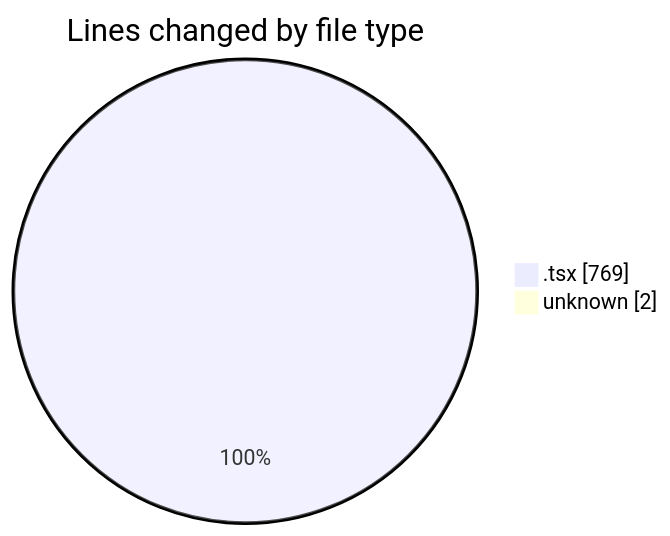
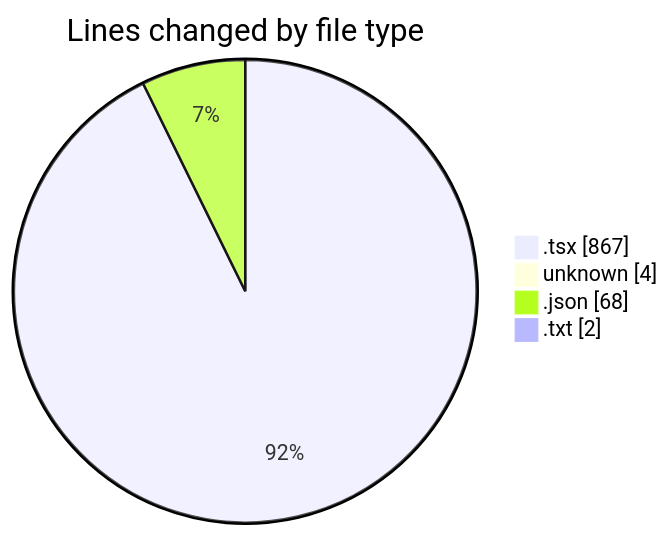
Before and after one commit to robertbonfada/code-tracking: the first of 2 diagrams in 2025-02-27/audiobooks-web/README.md, drawn with Mermaid. The commit also changed other lines of this file and 1 other file, not shown here.

````diff
--- a/2025-02-27/audiobooks-web/README.md
+++ b/2025-02-27/audiobooks-web/README.md
@@ -27,6 +29,8 @@
 ```mermaid
 pie showData
 title Lines changed by file type
-".tsx" : 769
-"unknown" : 2
+".tsx" : 867
+"unknown" : 4
+".json" : 68
+".txt" : 2
 ```
````
